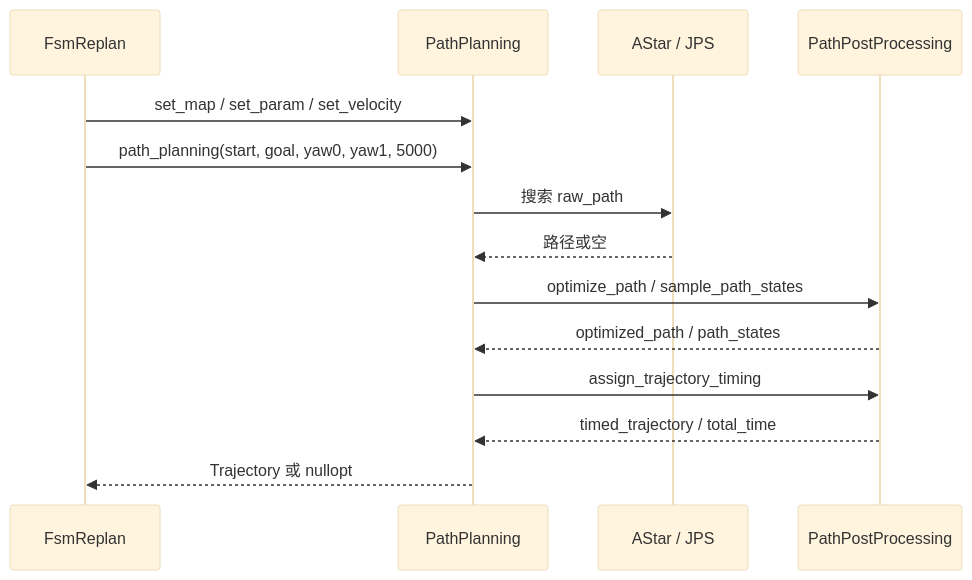
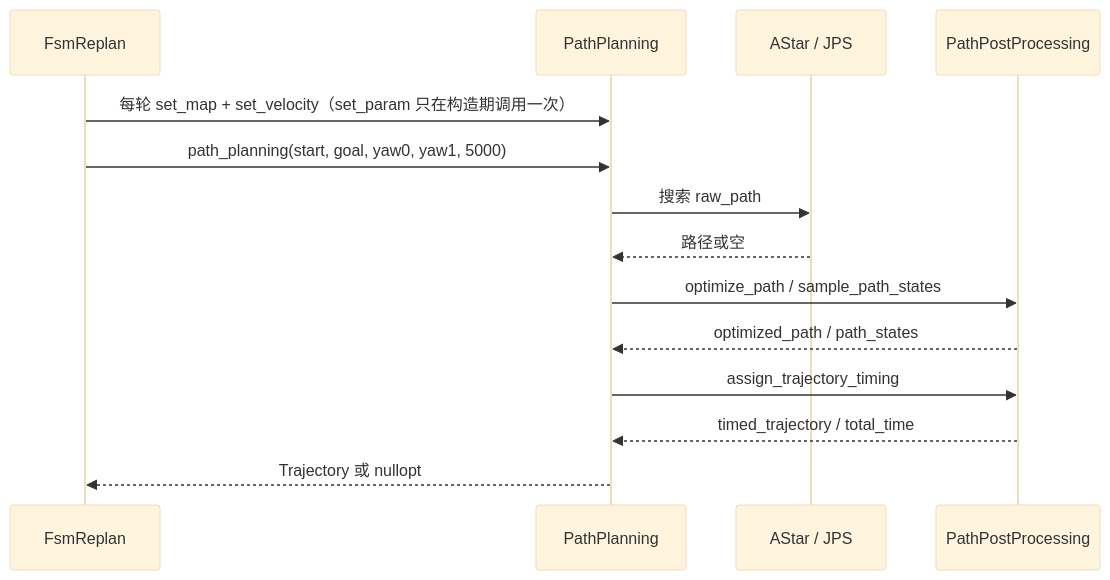
Before and after one commit to YD07-xyt/MA_Nav: the second of 4 diagrams in docs/nav/planner/path_planning/流程图.md, drawn with Mermaid (base theme). The commit also changed other lines of this file and 107 other files, not shown here.

````diff
--- a/docs/nav/planner/path_planning/流程图.md
+++ b/docs/nav/planner/path_planning/流程图.md
@@ -53,16 +53,16 @@
 ```mermaid
 sequenceDiagram
     participant R as FsmReplan
     participant P as PathPlanning
     participant S as AStar / JPS
     participant O as PathPostProcessing
-    R->>P: set_map / set_param / set_velocity
+    R->>P: 每轮 set_map + set_velocity（set_param 只在构造期调用一次）
     R->>P: path_planning(start, goal, yaw0, yaw1, 5000)
     P->>S: 搜索 raw_path
     S-->>P: 路径或空
     P->>O: optimize_path / sample_path_states
     O-->>P: optimized_path / path_states
     P->>O: assign_trajectory_timing
     O-->>P: timed_trajectory / total_time
     P-->>R: Trajectory 或 nullopt
 ```
````
